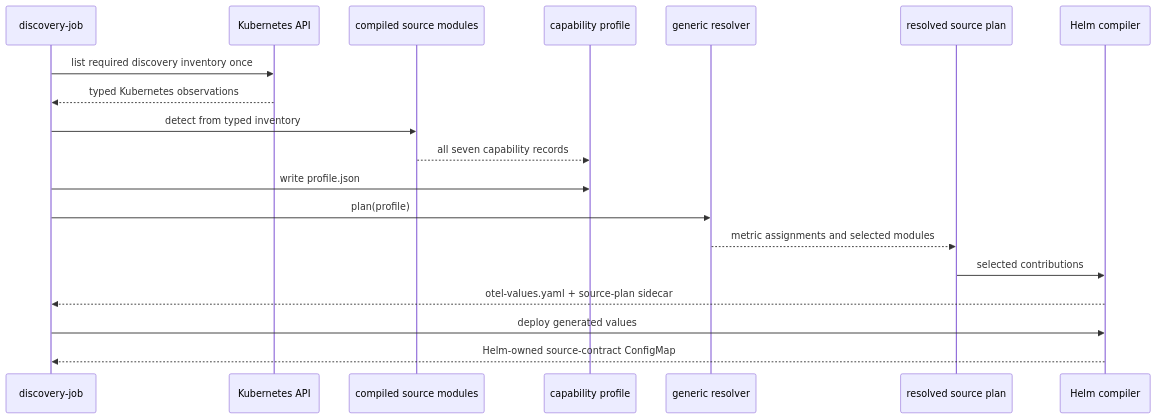
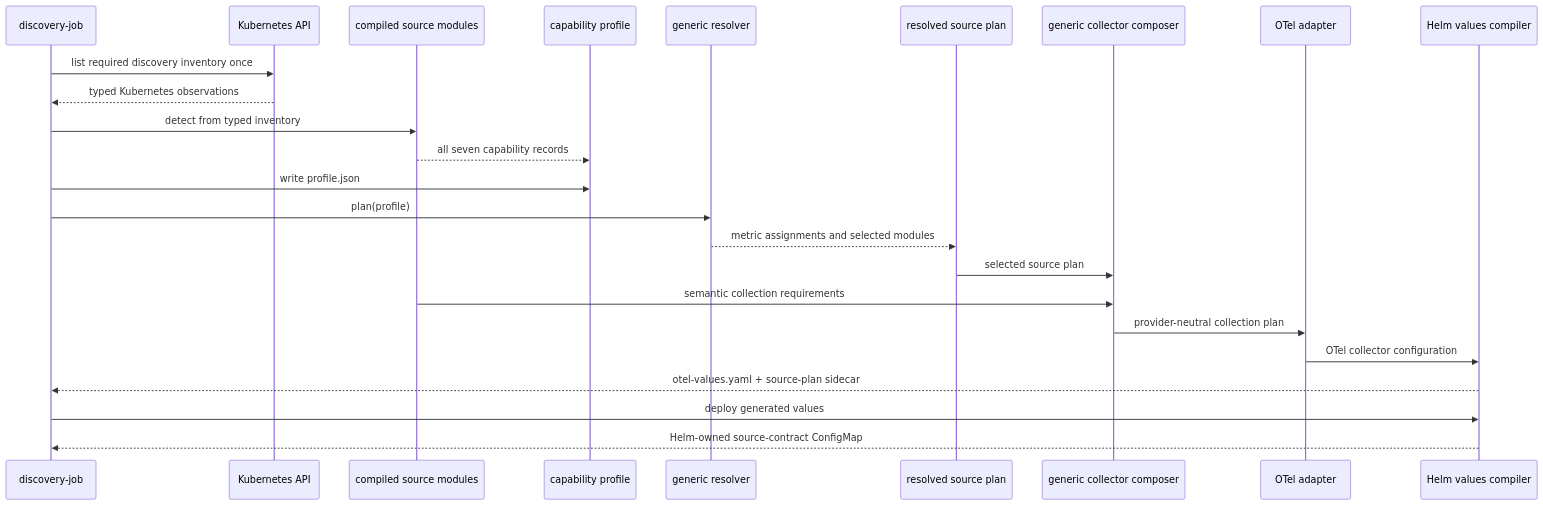
The diagram in docs/discovery-flow.md (erickivel/karthos), drawn with Mermaid before and after one commit. The commit also changed other lines of this file and 8 other files, not shown here.

Commit message:
docs(architecture): document generic collector and otel adapter ownership

````diff
--- a/docs/discovery-flow.md
+++ b/docs/discovery-flow.md
@@ -7,22 +7,27 @@
 ```mermaid
 sequenceDiagram
     participant CLI as discovery-job
     participant K as Kubernetes API
     participant M as compiled source modules
     participant P as capability profile
     participant R as generic resolver
     participant SP as resolved source plan
-    participant H as Helm compiler
+    participant C as generic collector composer
+    participant O as OTel adapter
+    participant H as Helm values compiler
 
     CLI->>K: list required discovery inventory once
     K-->>CLI: typed Kubernetes observations
     CLI->>M: detect from typed inventory
     M-->>P: all seven capability records
     CLI->>P: write profile.json
     CLI->>R: plan(profile)
     R-->>SP: metric assignments and selected modules
-    SP->>H: selected contributions
+    SP->>C: selected source plan
+    M->>C: semantic collection requirements
+    C->>O: provider-neutral collection plan
+    O->>H: OTel collector configuration
     H-->>CLI: otel-values.yaml + source-plan sidecar
     CLI->>H: deploy generated values
     H-->>CLI: Helm-owned source-contract ConfigMap
 ```
````
